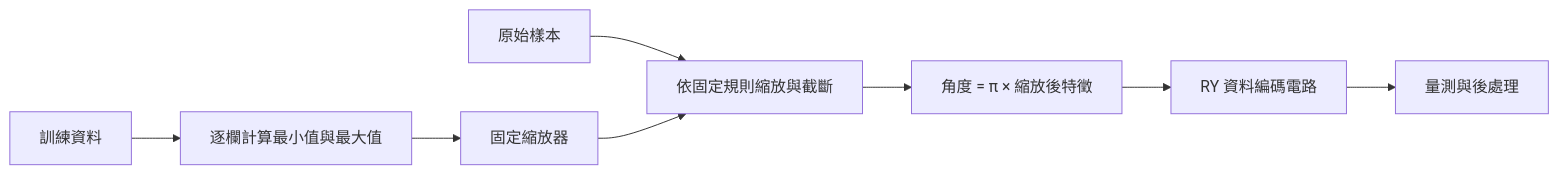
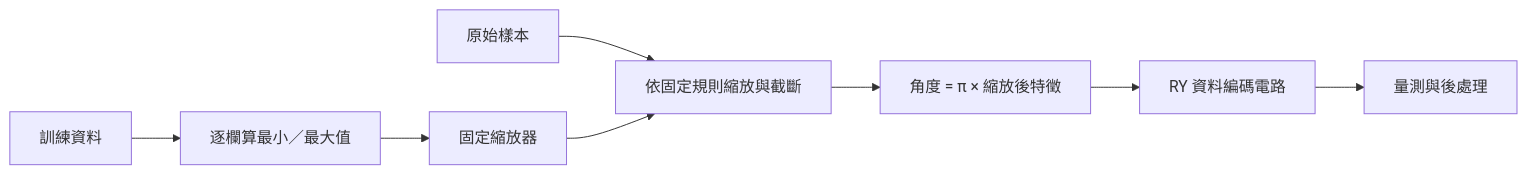
The diagram in articles/day11/README.md (kancheng/qml-engineering-30-days), drawn with Mermaid before and after one commit. The commit also changed other lines of this file and 22 other files, not shown here.

````diff
--- a/articles/day11/README.md
+++ b/articles/day11/README.md
@@ -19,10 +15,10 @@
 ```mermaid
 flowchart LR
-    T[訓練資料] --> F[逐欄計算最小值與最大值]
+    T[訓練資料] --> F[逐欄算最小／最大值]
     F --> S[固定縮放器]
     R[原始樣本] --> P[依固定規則縮放與截斷]
     S --> P
     P --> A[角度 = π × 縮放後特徵]
     A --> Q[RY 資料編碼電路]
     Q --> M[量測與後處理]
 ```
````
